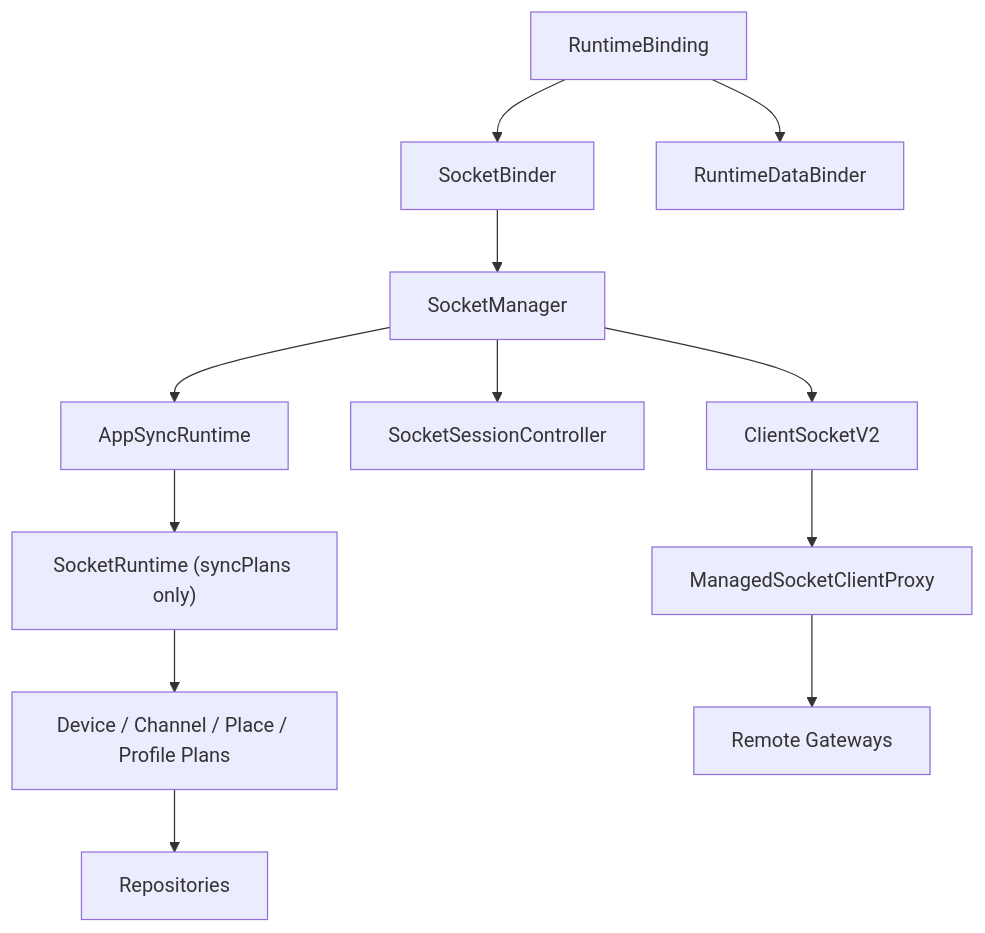
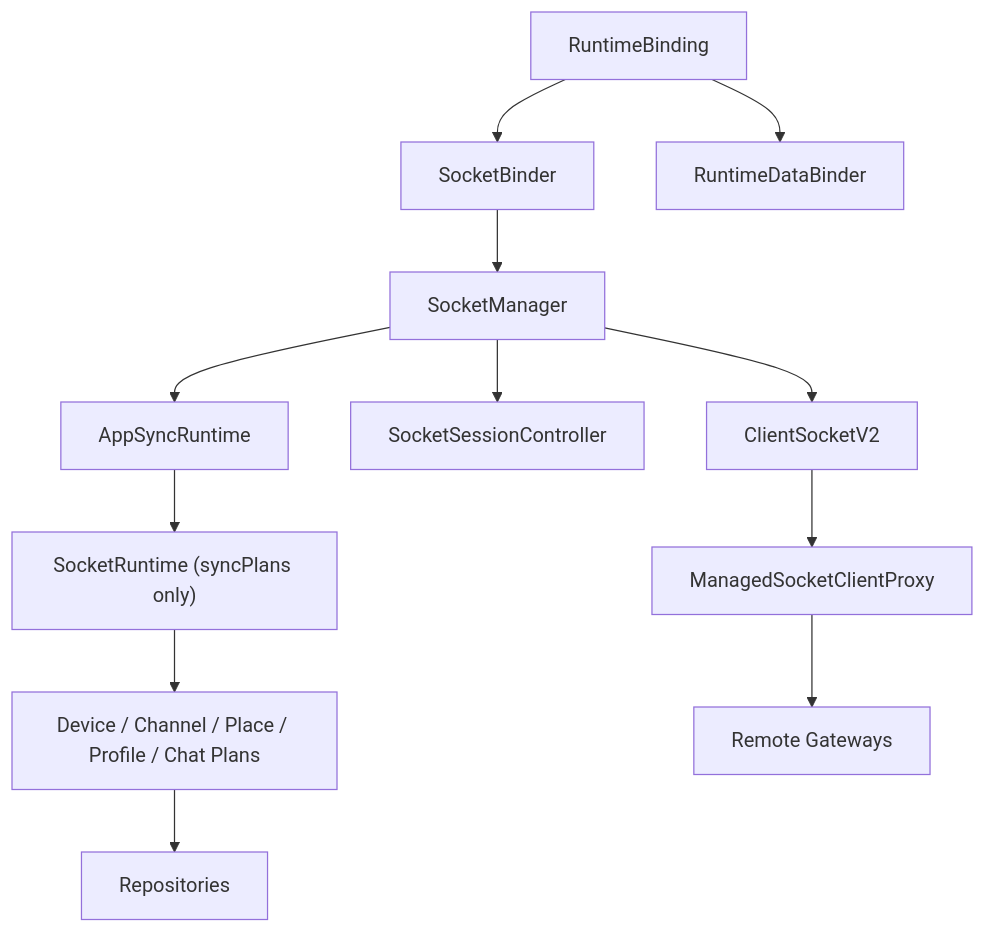
Before and after one commit to lemoncloud-io/dou-app: the diagram in libs/app-runtime/docs/sync/README.md, drawn with Mermaid. The commit also changed other lines of this file and 6 other files, not shown here.

First line of the commit message:
feat: add ChatSyncPlan to AppSyncRuntime

````diff
--- a/libs/app-runtime/docs/sync/README.md
+++ b/libs/app-runtime/docs/sync/README.md
@@ -97,16 +96,16 @@
 ```mermaid
 flowchart TD
   Binding["RuntimeBinding"] --> SocketBinder["SocketBinder"]
   Binding --> DataBinder["RuntimeDataBinder"]
 
   SocketBinder --> SocketManager["SocketManager"]
   SocketManager --> Client["ClientSocketV2"]
   SocketManager --> SessionCtrl["SocketSessionController"]
   SocketManager --> AppSyncRuntime["AppSyncRuntime"]
 
   AppSyncRuntime --> SyncRuntime["SocketRuntime (syncPlans only)"]
-  SyncRuntime --> Plans["Device / Channel / Place / Profile Plans"]
+  SyncRuntime --> Plans["Device / Channel / Place / Profile / Chat Plans"]
   Plans --> Repos["Repositories"]
   Client --> Proxy["ManagedSocketClientProxy"]
   Proxy --> Gateways["Remote Gateways"]
 ```
````
